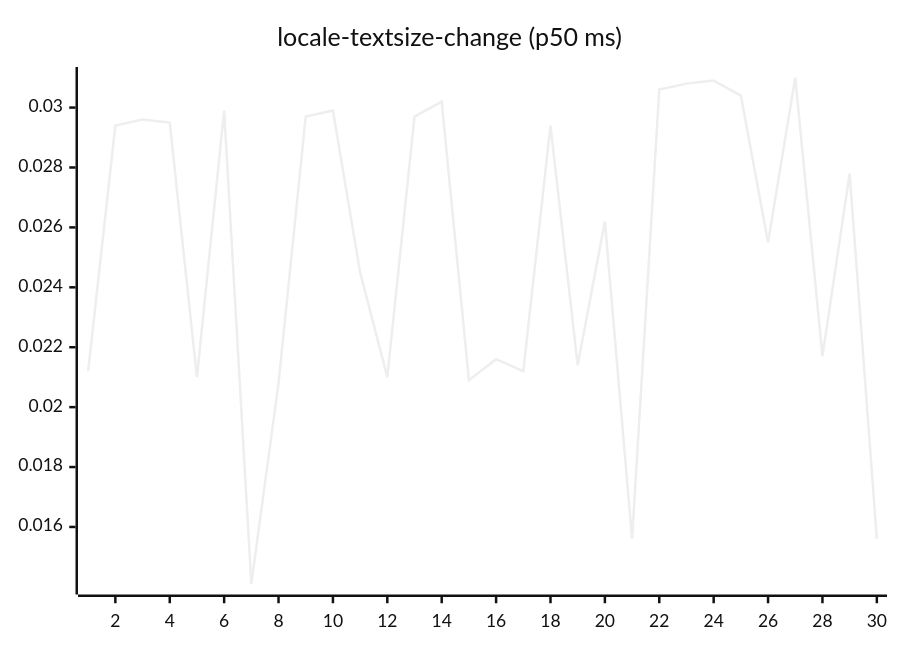
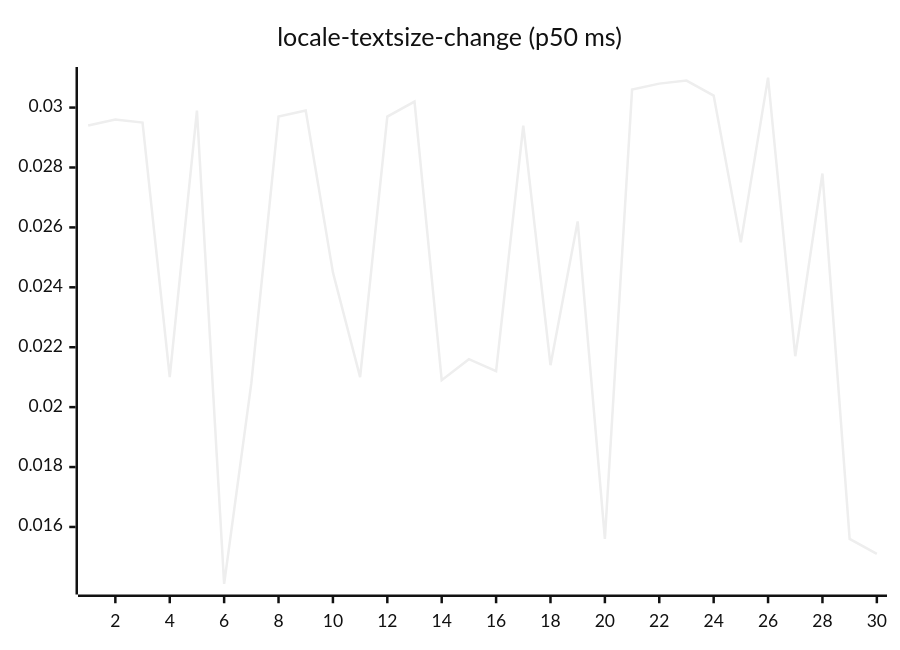
Before and after one commit to josha/Facet: diagram 13 of 27 in README.md, drawn with Mermaid (neutral theme). The commit also changed other lines of this file and 2 other files, not shown here.

````diff
--- a/README.md
+++ b/README.md
@@ -147,6 +147,6 @@
 ```mermaid
 xychart-beta
     title "locale-textsize-change (p50 ms)"
     x-axis 1 --> 30
-    line [0.0212, 0.0294, 0.0296, 0.0295, 0.0210, 0.0299, 0.0141, 0.0208, 0.0297, 0.0299, 0.0245, 0.0210, 0.0297, 0.0302, 0.0209, 0.0216, 0.0212, 0.0294, 0.0214, 0.0262, 0.0156, 0.0306, 0.0308, 0.0309, 0.0304, 0.0255, 0.0310, 0.0217, 0.0278, 0.0156]
+    line [0.0294, 0.0296, 0.0295, 0.0210, 0.0299, 0.0141, 0.0208, 0.0297, 0.0299, 0.0245, 0.0210, 0.0297, 0.0302, 0.0209, 0.0216, 0.0212, 0.0294, 0.0214, 0.0262, 0.0156, 0.0306, 0.0308, 0.0309, 0.0304, 0.0255, 0.0310, 0.0217, 0.0278, 0.0156, 0.0151]
 ```
````
